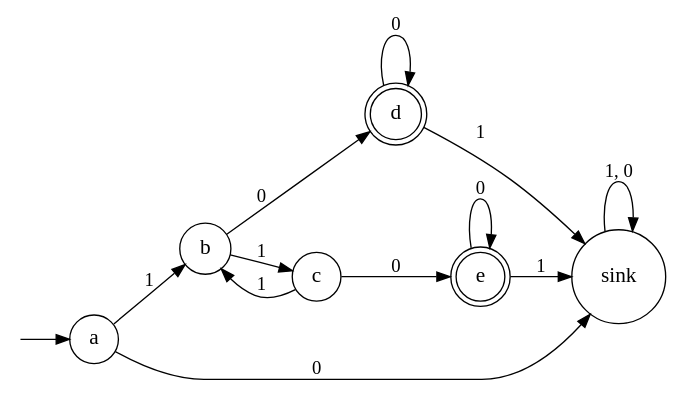
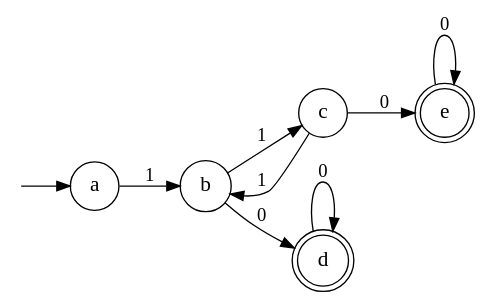
The diagram in resources/automaton2_complete.dot (amowy/automaton), drawn with Graphviz before and after one commit. The commit also changed 12 other files, not shown here.

```diff
--- a/resources/automaton2_complete.dot
+++ b/resources/automaton2_complete.dot
@@ -1,25 +1,21 @@
 digraph G {
     ranksep=0.5;
     nodesep=0.5;
     rankdir=LR;
     node [shape="circle", fontsize="16"];
     fontsize="10";
     compound=true;
 
     ia [shape=point, style=invis];
+    e [shape=doublecircle];
     d [shape=doublecircle];
-    e [shape=doublecircle];
 
     ia -> a;
+    c -> b [label="1"];
+    c -> e [label="0"];
     e -> e [label="0"];
+    b -> c [label="1"];
+    a -> b [label="1"];
     b -> d [label="0"];
-    e -> sink [label="1"];
-    c -> b [label="1"];
-    a -> b [label="1"];
-    d -> sink [label="1"];
-    b -> c [label="1"];
     d -> d [label="0"];
-    a -> sink [label="0"];
-    c -> e [label="0"];
-    sink -> sink [label="1, 0"];
 }
```
